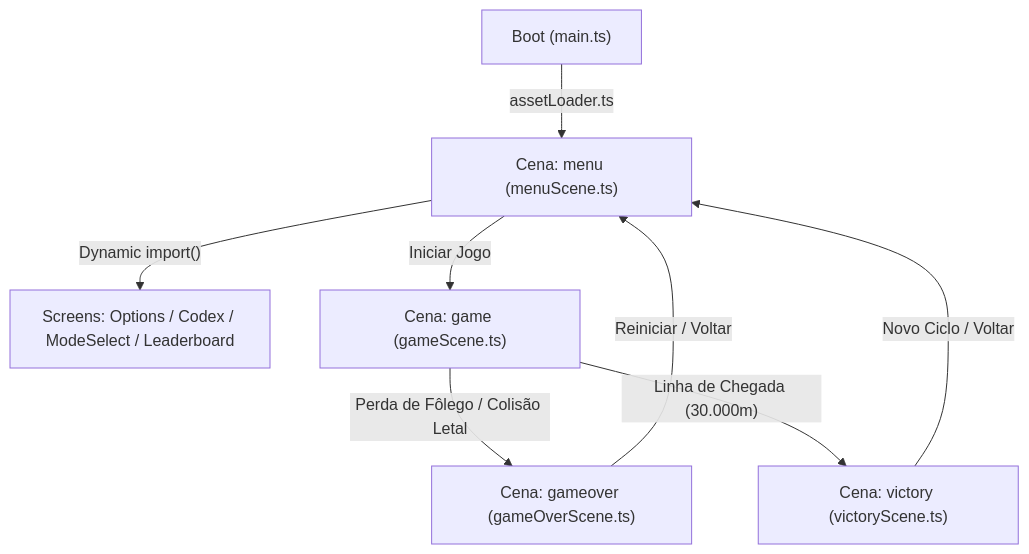
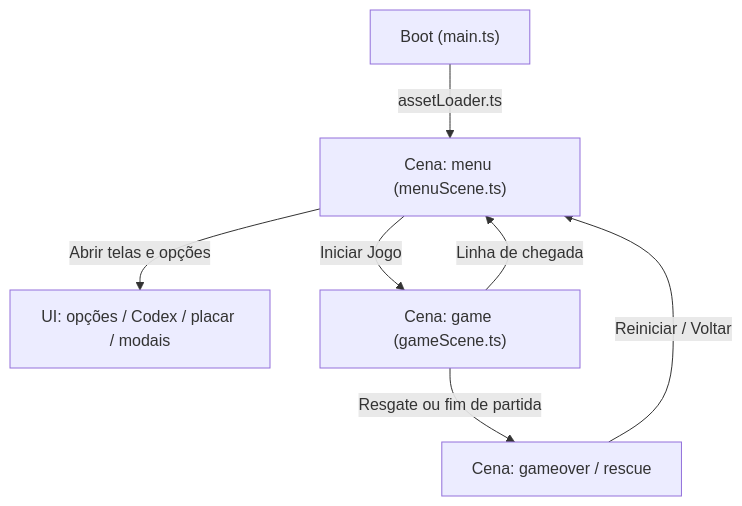
The first of 5 diagrams in docs/ARCHITECTURE.md (FeCruz0/micro-splash), drawn with Mermaid before and after one commit. The commit also changed other lines of this file and 36 other files, not shown here.

````diff
--- a/docs/ARCHITECTURE.md
+++ b/docs/ARCHITECTURE.md
@@ -98,10 +38,9 @@
 ```mermaid
 graph TD
     BOOT["Boot (main.ts)"] -->|"assetLoader.ts"| MENU["Cena: menu (menuScene.ts)"]
-    MENU -->|"Dynamic import()"| SCREENS["Screens: Options / Codex / ModeSelect / Leaderboard"]
+    MENU -->|"Abrir telas e opções"| SCREENS["UI: opções / Codex / placar / modais"]
     MENU -->|"Iniciar Jogo"| GAME["Cena: game (gameScene.ts)"]
-    GAME -->|"Perda de Fôlego / Colisão Letal"| GAMEOVER["Cena: gameover (gameOverScene.ts)"]
-    GAME -->|"Linha de Chegada (30.000m)"| VICTORY["Cena: victory (victoryScene.ts)"]
+    GAME -->|"Resgate ou fim de partida"| GAMEOVER["Cena: gameover / rescue"]
     GAMEOVER -->|"Reiniciar / Voltar"| MENU
-    VICTORY -->|"Novo Ciclo / Voltar"| MENU
+    GAME -->|"Linha de chegada"| MENU
 ```
````
